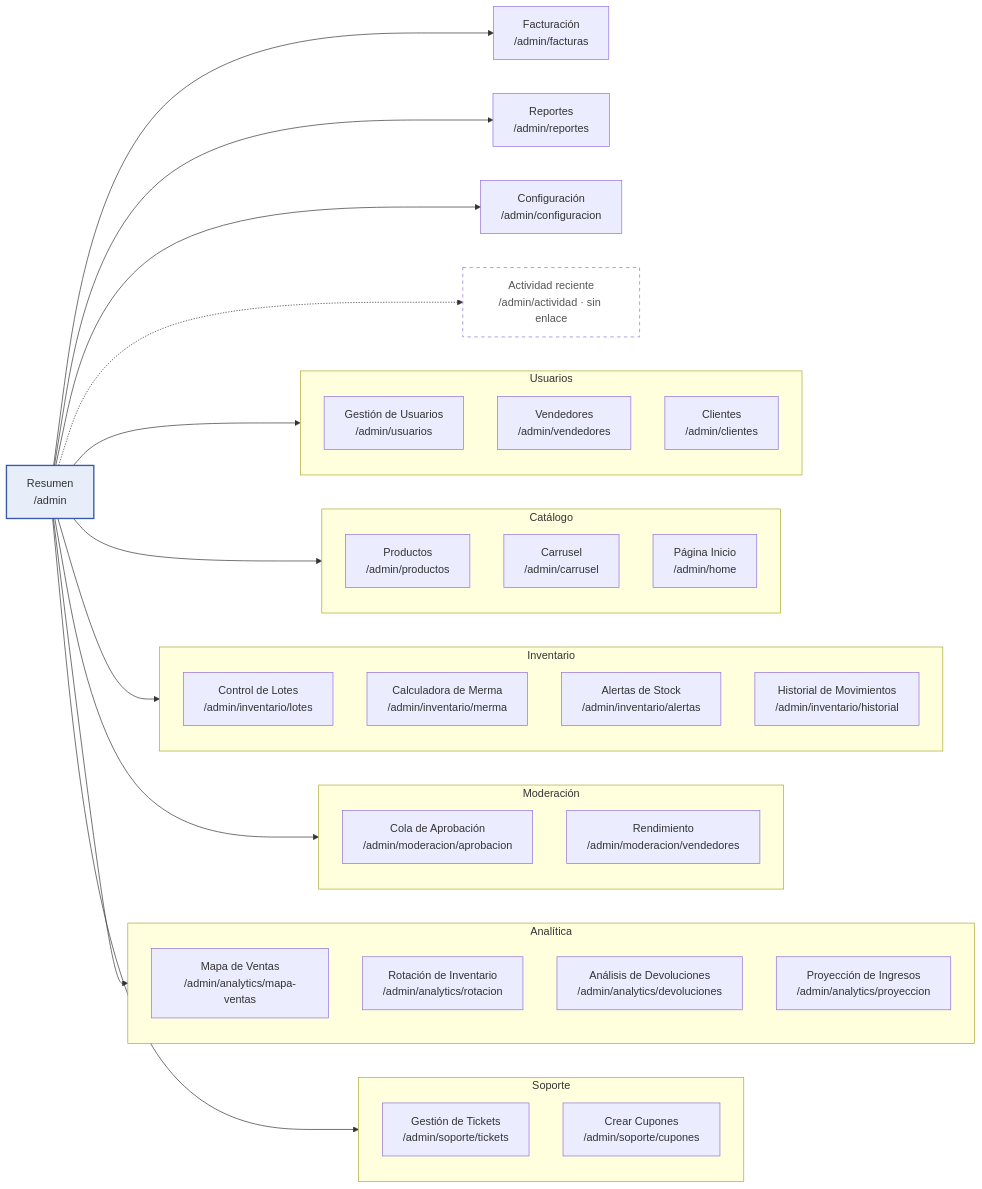
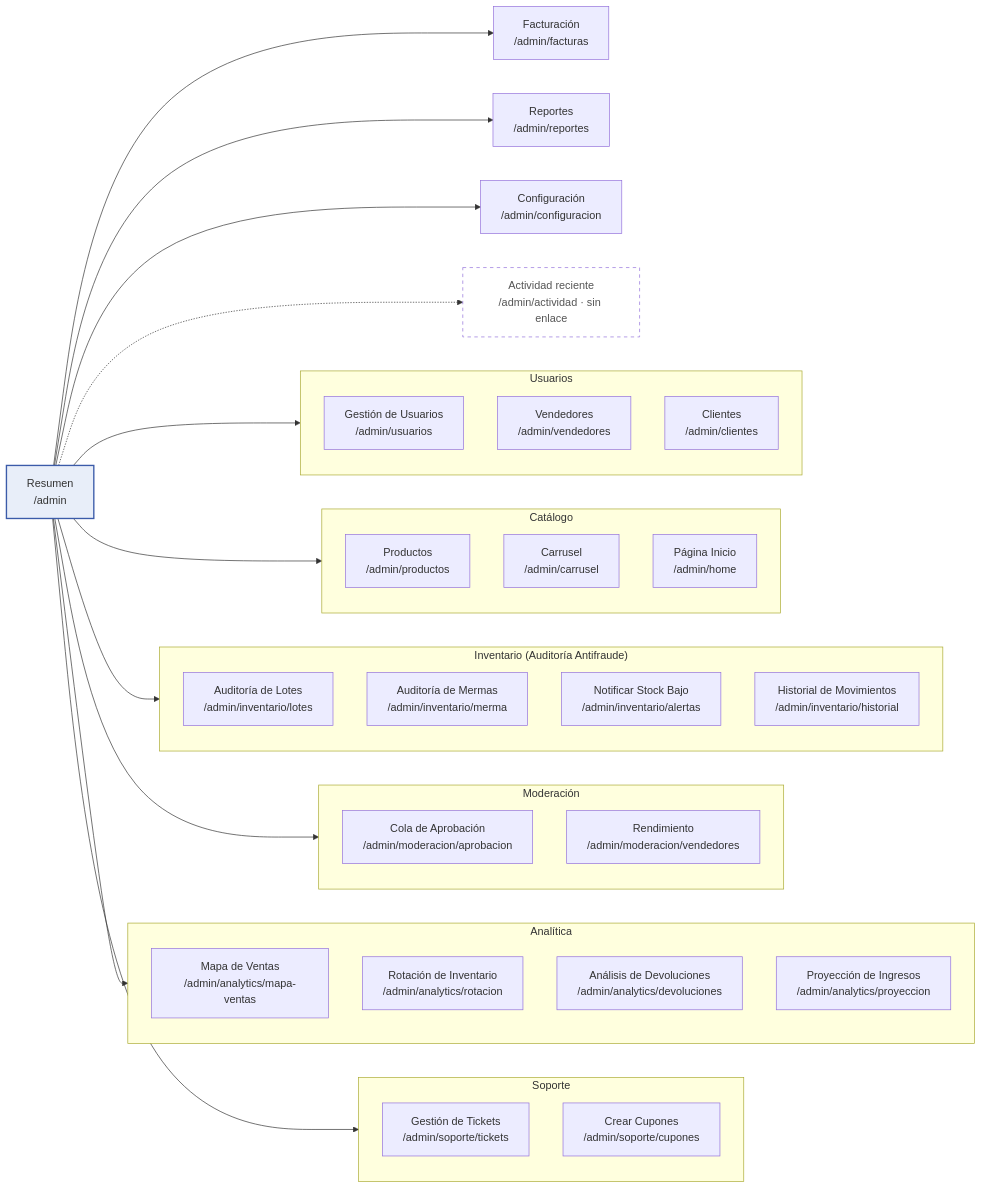
The fourth of 4 diagrams in documentacion/09-mapa-de-navegacion.md (Jhonmoreno000/PROYECTO-SENA-TIENDA-TEXTIL-), drawn with Mermaid before and after one commit. The commit also changed other lines of this file and 6 other files, not shown here.

````diff
--- a/documentacion/09-mapa-de-navegacion.md
+++ b/documentacion/09-mapa-de-navegacion.md
@@ -115,51 +124,51 @@
 ```mermaid
 flowchart LR
     r_admin["Resumen<br/>/admin"]
     subgraph ADMIN_1["Usuarios"]
         r_admin_usuarios["Gestión de Usuarios<br/>/admin/usuarios"]
         r_admin_vendedores["Vendedores<br/>/admin/vendedores"]
         r_admin_clientes["Clientes<br/>/admin/clientes"]
     end
     r_admin --> ADMIN_1
     subgraph ADMIN_2["Catálogo"]
         r_admin_productos["Productos<br/>/admin/productos"]
         r_admin_carrusel["Carrusel<br/>/admin/carrusel"]
         r_admin_home["Página Inicio<br/>/admin/home"]
     end
     r_admin --> ADMIN_2
-    subgraph ADMIN_3["Inventario"]
-        r_admin_inventario_lotes["Control de Lotes<br/>/admin/inventario/lotes"]
-        r_admin_inventario_merma["Calculadora de Merma<br/>/admin/inventario/merma"]
-        r_admin_inventario_alertas["Alertas de Stock<br/>/admin/inventario/alertas"]
+    subgraph ADMIN_3["Inventario (Auditoría Antifraude)"]
+        r_admin_inventario_lotes["Auditoría de Lotes<br/>/admin/inventario/lotes"]
+        r_admin_inventario_merma["Auditoría de Mermas<br/>/admin/inventario/merma"]
+        r_admin_inventario_alertas["Notificar Stock Bajo<br/>/admin/inventario/alertas"]
         r_admin_inventario_historial["Historial de Movimientos<br/>/admin/inventario/historial"]
     end
     r_admin --> ADMIN_3
     subgraph ADMIN_4["Moderación"]
         r_admin_moderacion_aprobacion["Cola de Aprobación<br/>/admin/moderacion/aprobacion"]
         r_admin_moderacion_vendedores["Rendimiento<br/>/admin/moderacion/vendedores"]
     end
     r_admin --> ADMIN_4
     subgraph ADMIN_5["Analítica"]
         r_admin_analytics_mapa_ventas["Mapa de Ventas<br/>/admin/analytics/mapa-ventas"]
         r_admin_analytics_rotacion["Rotación de Inventario<br/>/admin/analytics/rotacion"]
         r_admin_analytics_devoluciones["Análisis de Devoluciones<br/>/admin/analytics/devoluciones"]
         r_admin_analytics_proyeccion["Proyección de Ingresos<br/>/admin/analytics/proyeccion"]
     end
     r_admin --> ADMIN_5
     subgraph ADMIN_6["Soporte"]
         r_admin_soporte_tickets["Gestión de Tickets<br/>/admin/soporte/tickets"]
         r_admin_soporte_cupones["Crear Cupones<br/>/admin/soporte/cupones"]
     end
     r_admin --> ADMIN_6
     r_admin_facturas["Facturación<br/>/admin/facturas"]
     r_admin --> r_admin_facturas
     r_admin_reportes["Reportes<br/>/admin/reportes"]
     r_admin --> r_admin_reportes
     r_admin_configuracion["Configuración<br/>/admin/configuracion"]
     r_admin --> r_admin_configuracion
     r_admin_actividad["Actividad reciente<br/>/admin/actividad · sin enlace"]
     r_admin -.-> r_admin_actividad
     classDef orphan stroke-dasharray: 5 5,fill:#fff,color:#555
     class r_admin_actividad orphan
     style r_admin fill:#E8EEF9,stroke:#3B5BA9,stroke-width:2px
 ```
````
